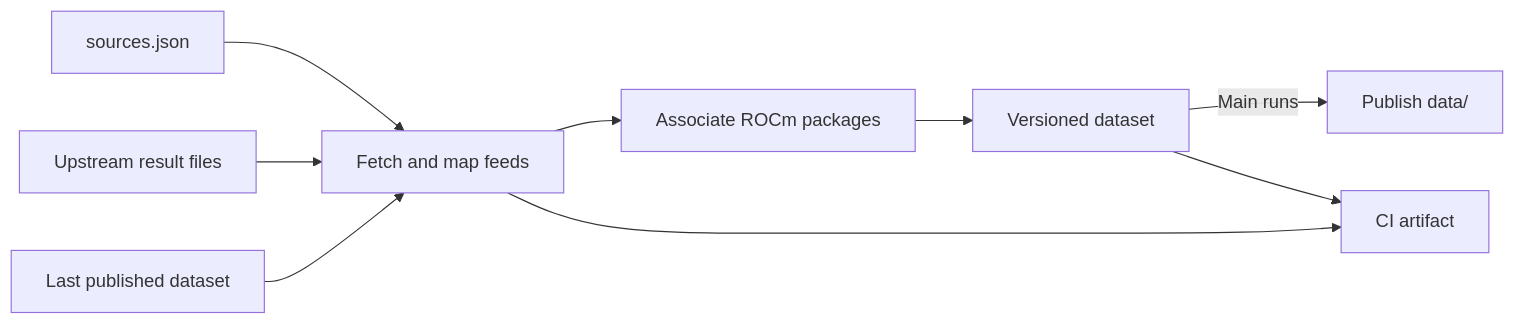
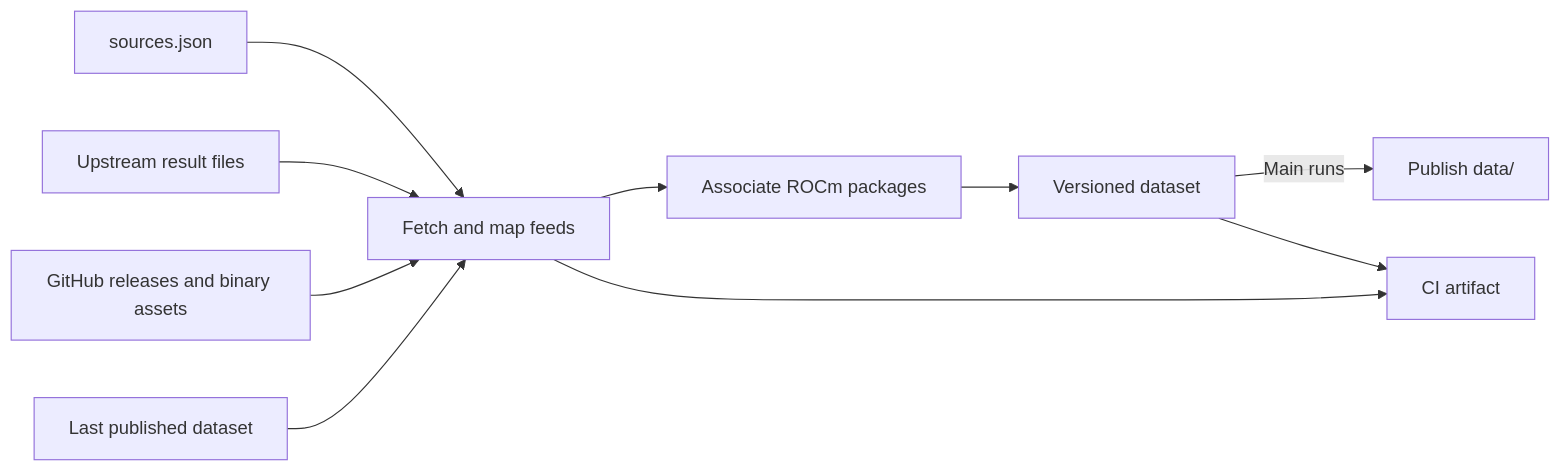
Before and after one commit to lemonade-sdk/rocm-readiness: the first of 2 diagrams in docs/data-flow.md, drawn with Mermaid. The commit also changed other lines of this file and 19 other files, not shown here.

````diff
--- a/docs/data-flow.md
+++ b/docs/data-flow.md
@@ -5,11 +5,12 @@
 ```mermaid
 flowchart LR
     Sources["sources.json"] --> Collect["Fetch and map feeds"]
     Feeds["Upstream result files"] --> Collect
+    Releases["GitHub releases and binary assets"] --> Collect
     Previous["Last published dataset"] --> Collect
     Collect --> Evidence["Associate ROCm packages"]
     Evidence --> Dataset["Versioned dataset"]
     Dataset -->|Main runs| Publish["Publish data/"]
     Collect --> Artifact["CI artifact"]
     Dataset --> Artifact
 ```
````
